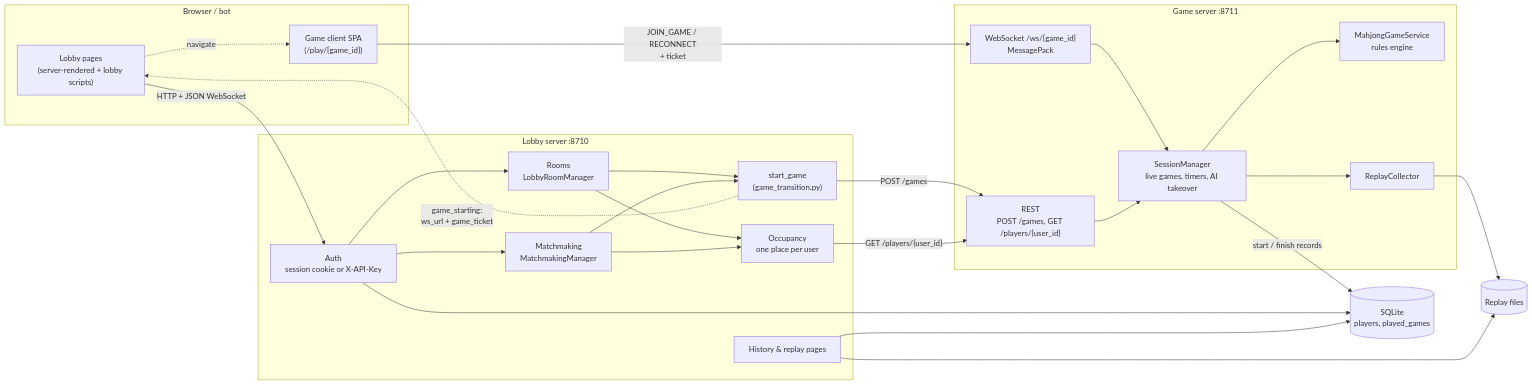
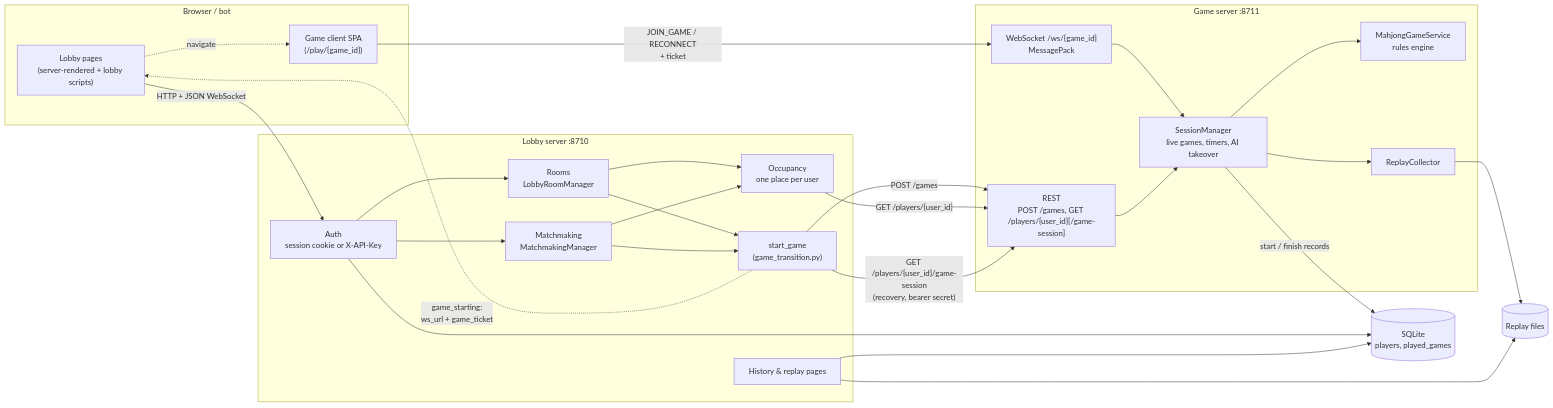
One commit to MahjongRepository/ronin changed the first of 8 diagrams in docs/architecture.md. Above: the diagram before and after it, drawn with Mermaid. The commit also changed other lines of this file and 31 other files, not shown here.

First line of the commit message:
bug: let a player who lost the game start handoff rejoin their seat

````diff
--- a/docs/architecture.md
+++ b/docs/architecture.md
@@ -12,44 +13,45 @@
 ```mermaid
 flowchart LR
     subgraph Client["Browser / bot"]
         LobbyPages["Lobby pages<br/>(server-rendered + lobby scripts)"]
         GameClient["Game client SPA<br/>(/play/{game_id})"]
     end
 
     subgraph Lobby["Lobby server :8710"]
         Auth["Auth<br/>session cookie or X-API-Key"]
         Rooms["Rooms<br/>LobbyRoomManager"]
         MM["Matchmaking<br/>MatchmakingManager"]
         Occ["Occupancy<br/>one place per user"]
         Start["start_game<br/>(game_transition.py)"]
         History["History & replay pages"]
     end
 
     subgraph Game["Game server :8711"]
-        REST["REST<br/>POST /games, GET /players/{user_id}"]
+        REST["REST<br/>POST /games, GET /players/{user_id}[/game-session]"]
         WS["WebSocket /ws/{game_id}<br/>MessagePack"]
         SM["SessionManager<br/>live games, timers, AI takeover"]
         Engine["MahjongGameService<br/>rules engine"]
         Replay["ReplayCollector"]
     end
 
     DB[("SQLite<br/>players, played_games")]
     Files[("Replay files")]
 
     LobbyPages -- "HTTP + JSON WebSocket" --> Auth
     Auth --> Rooms & MM
     Rooms & MM --> Occ
     Rooms & MM --> Start
     Start -- "POST /games" --> REST
     Occ -- "GET /players/{user_id}" --> REST
+    Start -- "GET /players/{user_id}/game-session<br/>(recovery, bearer secret)" --> REST
     Start -. "game_starting:<br/>ws_url + game_ticket" .-> LobbyPages
     LobbyPages -. "navigate" .-> GameClient
     GameClient -- "JOIN_GAME / RECONNECT<br/>+ ticket" --> WS
     WS --> SM --> Engine
     SM --> Replay --> Files
     REST --> SM
     Auth --> DB
     History --> DB
     History --> Files
     SM -- "start / finish records" --> DB
 ```
````
